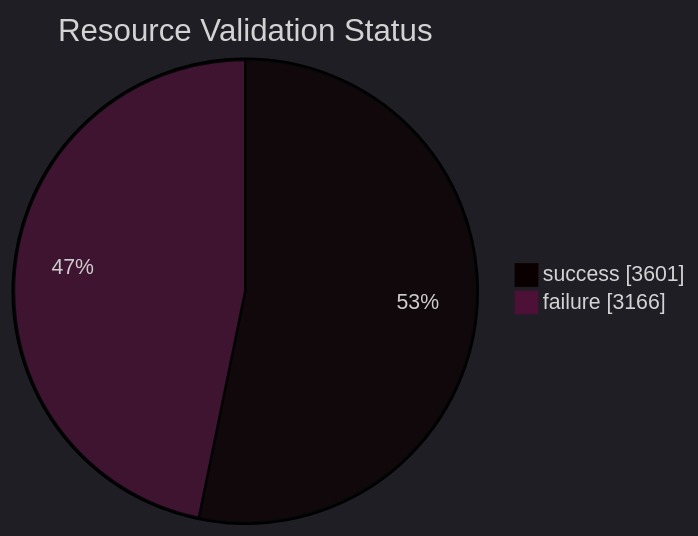
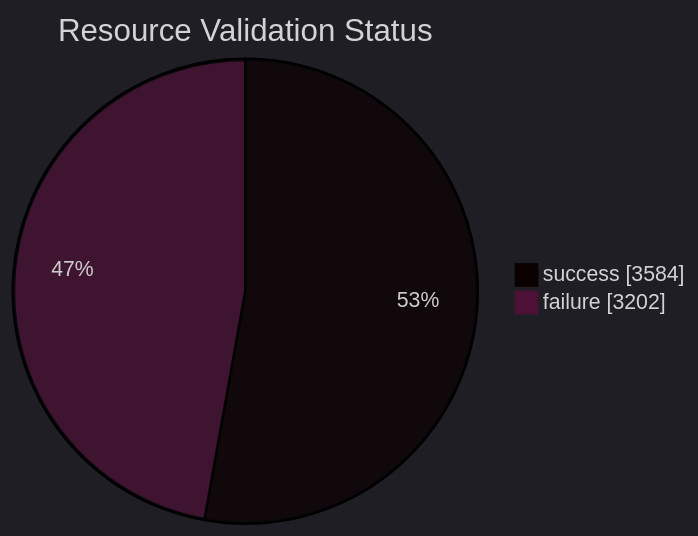
The diagram in datastore_tracker/resource_validation_status_pie_chart.md (open-data/analytics-corporate-reporting), drawn with Mermaid before and after one commit. The commit also changed 9 other files, not shown here.

````diff
--- a/datastore_tracker/resource_validation_status_pie_chart.md
+++ b/datastore_tracker/resource_validation_status_pie_chart.md
@@ -2,9 +2,9 @@
 ```mermaid
 ---
 config:
   theme: dark
 ---
 pie showData title Resource Validation Status
-    "success": 3601
-    "failure": 3166
+    "success": 3584
+    "failure": 3202
 ```
````
